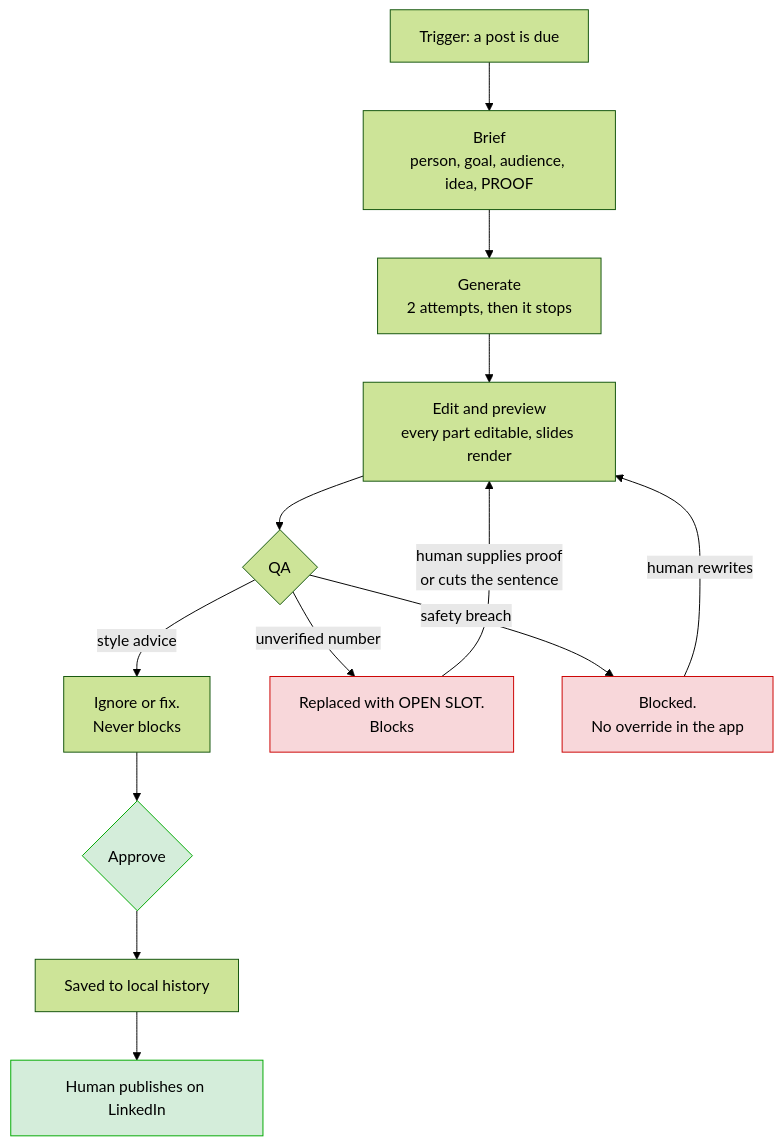
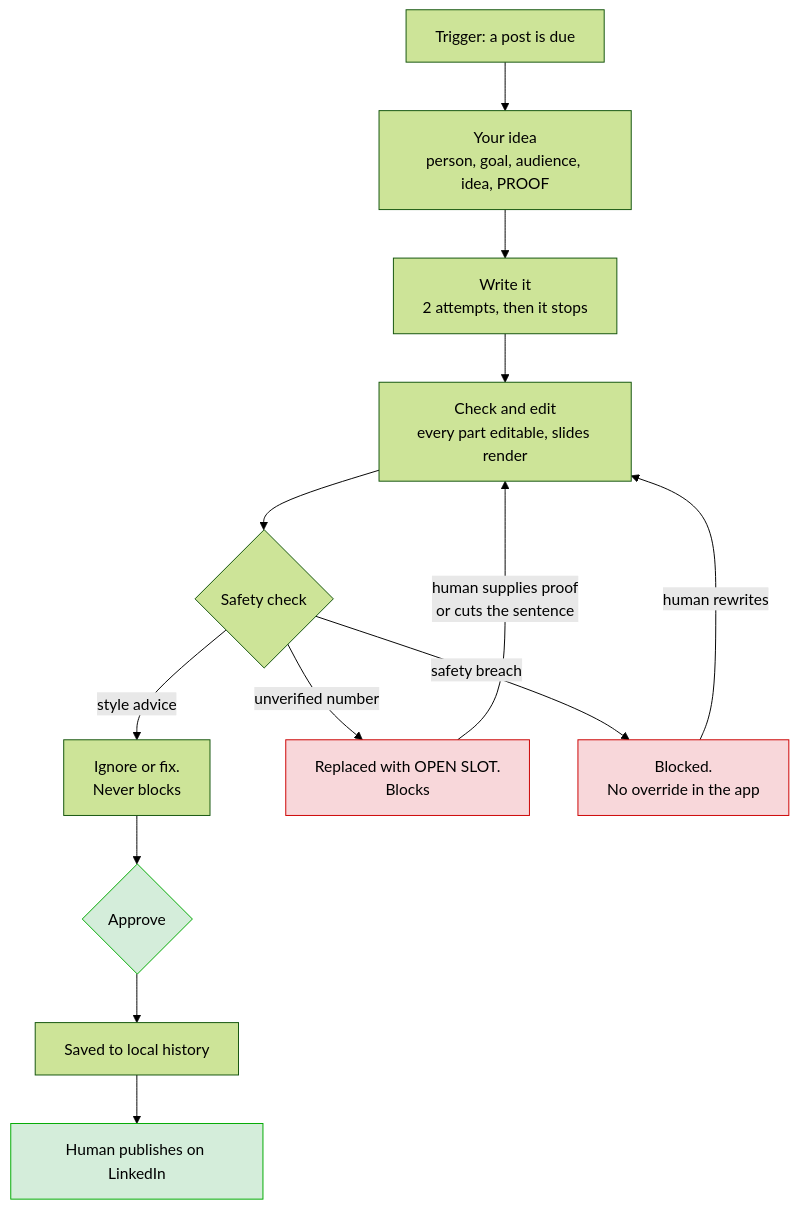
One commit to alimoizuddin/content-qa-os changed the second of 2 diagrams in docs/WORKFLOW_MAP.md. Above: the diagram before and after it, drawn with Mermaid (forest theme). The commit also changed 17 other files, not shown here.

````diff
--- a/docs/WORKFLOW_MAP.md
+++ b/docs/WORKFLOW_MAP.md
@@ -88,20 +88,20 @@
 ```mermaid
 flowchart TD
-    A[Trigger: a post is due] --> B[Brief<br/>person, goal, audience, idea, PROOF]
-    B --> C[Generate<br/>2 attempts, then it stops]
-    C --> D[Edit and preview<br/>every part editable, slides render]
-    D --> E{QA}
+    A[Trigger: a post is due] --> B[Your idea<br/>person, goal, audience, idea, PROOF]
+    B --> C[Write it<br/>2 attempts, then it stops]
+    C --> D[Check and edit<br/>every part editable, slides render]
+    D --> E{Safety check}
     E -->|style advice| F[Ignore or fix.<br/>Never blocks]
     E -->|unverified number| G[Replaced with OPEN SLOT.<br/>Blocks]
     E -->|safety breach| H[Blocked.<br/>No override in the app]
     F --> I{Approve}
     G -->|human supplies proof<br/>or cuts the sentence| D
     H -->|human rewrites| D
     I --> J[Saved to local history]
     J --> K[Human publishes on LinkedIn]
 
     style G fill:#f8d7da,stroke:#c00
     style H fill:#f8d7da,stroke:#c00
     style I fill:#d4edda,stroke:#0a0
     style K fill:#d4edda,stroke:#0a0
 ```
````
